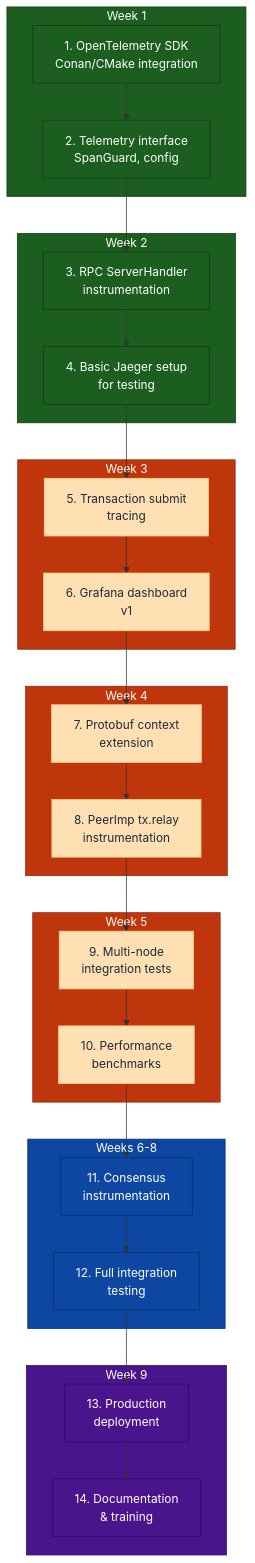
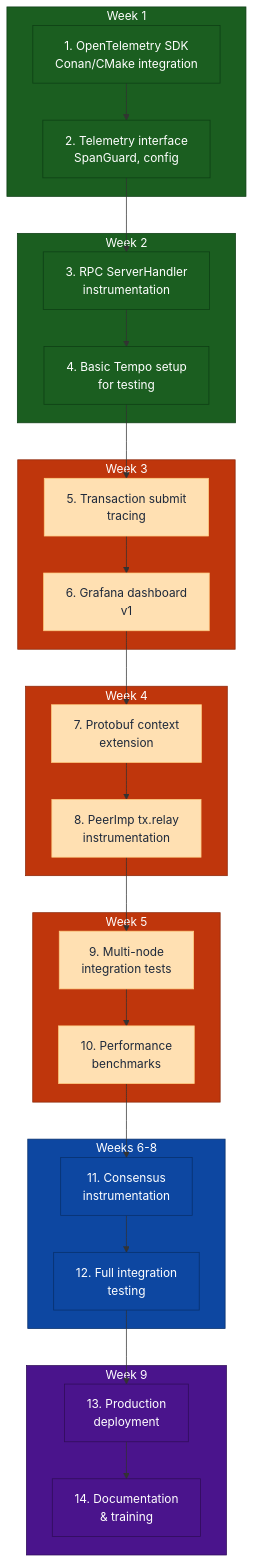
The fifth of 5 diagrams in OpenTelemetryPlan/06-implementation-phases.md (XRPLF/rippled), drawn with Mermaid before and after one commit. The commit also changed other lines of this file and 12 other files, not shown here.

````diff
--- a/OpenTelemetryPlan/06-implementation-phases.md
+++ b/OpenTelemetryPlan/06-implementation-phases.md
@@ -452,66 +497,66 @@
 ```mermaid
 flowchart TB
     subgraph week1["Week 1"]
         t1[1. OpenTelemetry SDK<br/>Conan/CMake integration]
         t2[2. Telemetry interface<br/>SpanGuard, config]
     end
 
     subgraph week2["Week 2"]
         t3[3. RPC ServerHandler<br/>instrumentation]
-        t4[4. Basic Jaeger setup<br/>for testing]
+        t4[4. Basic Tempo setup<br/>for testing]
     end
 
     subgraph week3["Week 3"]
         t5[5. Transaction submit<br/>tracing]
         t6[6. Grafana dashboard<br/>v1]
     end
 
     subgraph week4["Week 4"]
         t7[7. Protobuf context<br/>extension]
         t8[8. PeerImp tx.relay<br/>instrumentation]
     end
 
     subgraph week5["Week 5"]
         t9[9. Multi-node<br/>integration tests]
         t10[10. Performance<br/>benchmarks]
     end
 
     subgraph week6_8["Weeks 6-8"]
         t11[11. Consensus<br/>instrumentation]
         t12[12. Full integration<br/>testing]
     end
 
     subgraph week9["Week 9"]
         t13[13. Production<br/>deployment]
         t14[14. Documentation<br/>& training]
     end
 
     t1 --> t2 --> t3 --> t4
     t4 --> t5 --> t6
     t6 --> t7 --> t8
     t8 --> t9 --> t10
     t10 --> t11 --> t12
     t12 --> t13 --> t14
 
     style week1 fill:#1b5e20,stroke:#0d3d14,color:#fff
     style week2 fill:#1b5e20,stroke:#0d3d14,color:#fff
     style week3 fill:#bf360c,stroke:#8c2809,color:#fff
     style week4 fill:#bf360c,stroke:#8c2809,color:#fff
     style week5 fill:#bf360c,stroke:#8c2809,color:#fff
     style week6_8 fill:#0d47a1,stroke:#082f6a,color:#fff
     style week9 fill:#4a148c,stroke:#2e0d57,color:#fff
     style t1 fill:#1b5e20,stroke:#0d3d14,color:#fff
     style t2 fill:#1b5e20,stroke:#0d3d14,color:#fff
     style t3 fill:#1b5e20,stroke:#0d3d14,color:#fff
     style t4 fill:#1b5e20,stroke:#0d3d14,color:#fff
     style t5 fill:#ffe0b2,stroke:#ffcc80,color:#1e293b
     style t6 fill:#ffe0b2,stroke:#ffcc80,color:#1e293b
     style t7 fill:#ffe0b2,stroke:#ffcc80,color:#1e293b
     style t8 fill:#ffe0b2,stroke:#ffcc80,color:#1e293b
     style t9 fill:#ffe0b2,stroke:#ffcc80,color:#1e293b
     style t10 fill:#ffe0b2,stroke:#ffcc80,color:#1e293b
     style t11 fill:#0d47a1,stroke:#082f6a,color:#fff
     style t12 fill:#0d47a1,stroke:#082f6a,color:#fff
     style t13 fill:#4a148c,stroke:#2e0d57,color:#fff
     style t14 fill:#4a148c,stroke:#2e0d57,color:#fff
 ```
````
